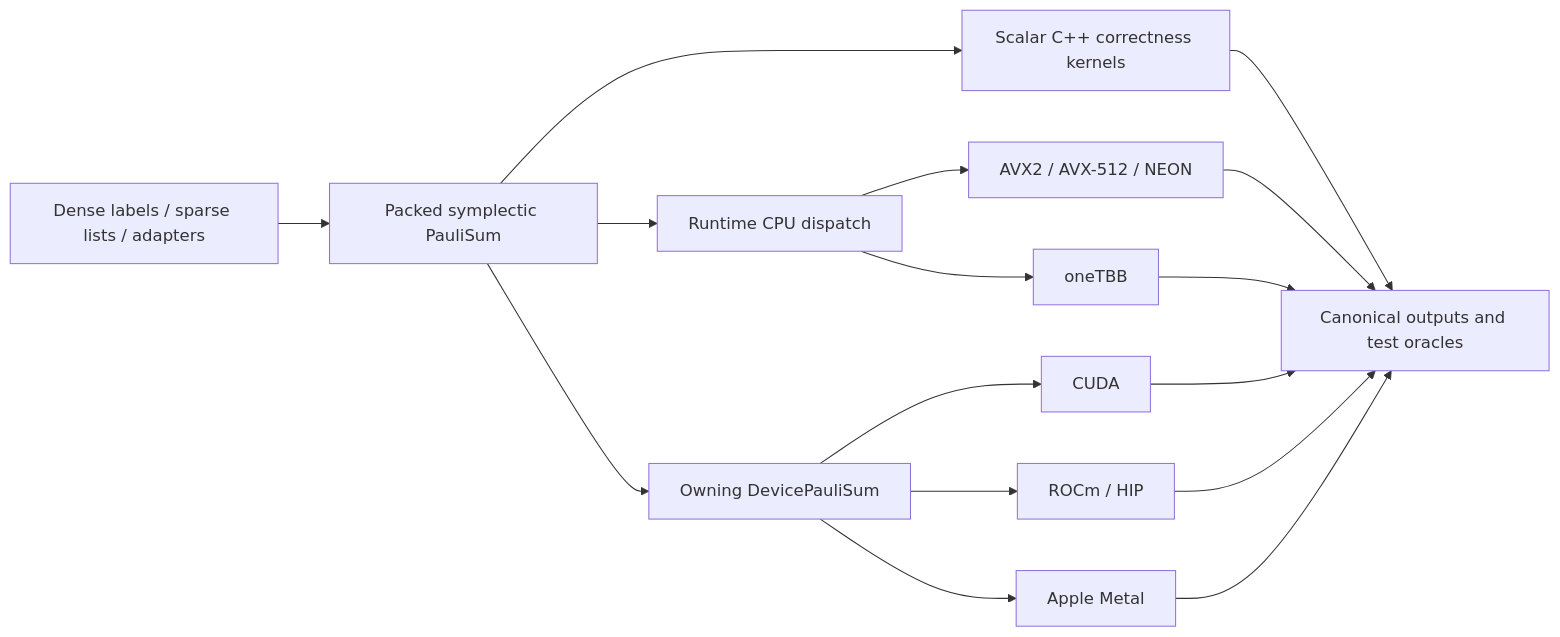
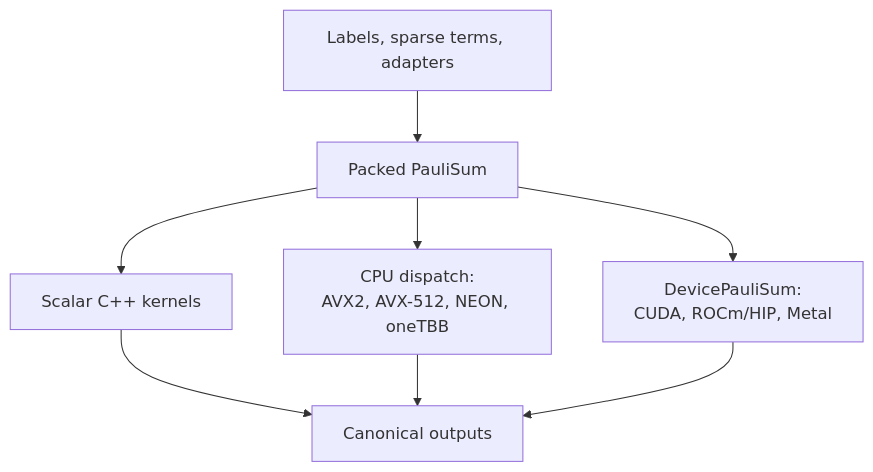
One commit to sghowell/wolfgang changed the diagram in docs/guide/architecture.md. Above: the diagram before and after it, drawn with Mermaid. The commit also changed other lines of this file and 16 other files, not shown here.

First line of the commit message:
docs: edit the user guides for plain prose and lay out diagrams to stay legible

````diff
--- a/docs/guide/architecture.md
+++ b/docs/guide/architecture.md
@@ -5,18 +5,10 @@
 ```mermaid
-flowchart LR
-    IO[Dense labels / sparse lists / adapters] --> P[Packed symplectic PauliSum]
-    P --> S[Scalar C++ correctness kernels]
-    P --> D[Runtime CPU dispatch]
-    D --> SIMD[AVX2 / AVX-512 / NEON]
-    D --> TBB[oneTBB]
-    P --> X[Owning DevicePauliSum]
-    X --> CUDA[CUDA]
-    X --> HIP[ROCm / HIP]
-    X --> METAL[Apple Metal]
-    S --> O[Canonical outputs and test oracles]
-    SIMD --> O
-    TBB --> O
-    CUDA --> O
-    HIP --> O
-    METAL --> O
+flowchart TB
+    IO[Labels, sparse terms, adapters] --> P[Packed PauliSum]
+    P --> S[Scalar C++ kernels]
+    P --> D[CPU dispatch:<br/>AVX2, AVX-512, NEON, oneTBB]
+    P --> X[DevicePauliSum:<br/>CUDA, ROCm/HIP, Metal]
+    S --> O[Canonical outputs]
+    D --> O
+    X --> O
 ```
````
